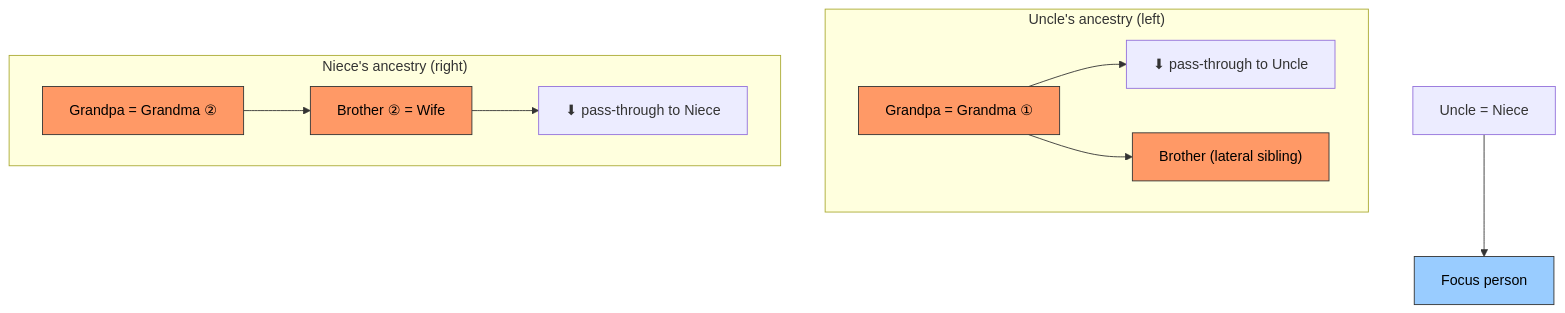
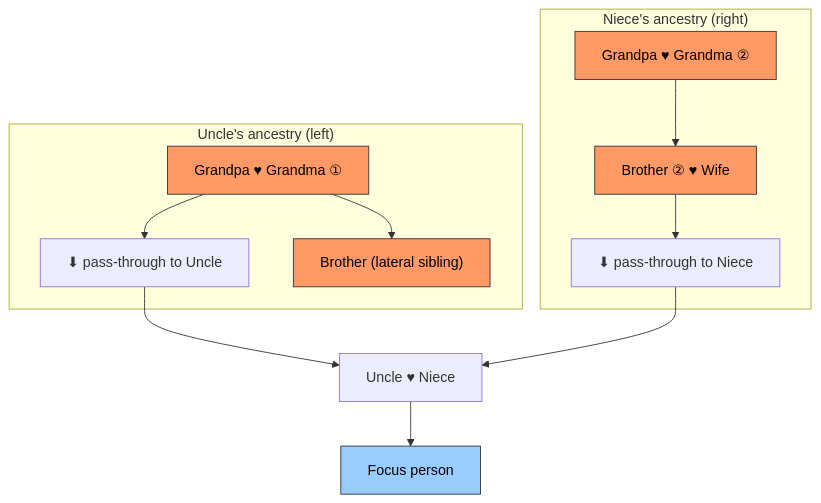
Diagram 11 of 13 in lib/ancestry/people/CLAUDE.md (san650/ancestry), drawn with Mermaid before and after one commit. The commit also changed other lines of this file, not shown here.

Commit message:
Improve the graphs

````diff
--- a/lib/ancestry/people/CLAUDE.md
+++ b/lib/ancestry/people/CLAUDE.md
@@ -296,23 +312,24 @@
 ```mermaid
-graph TD
+flowchart TD
     subgraph uncle_side ["Uncle's ancestry (left)"]
-        GP1["Grandpa = Grandma ①"]
+        GP1["Grandpa ♥ Grandma ①"]
         GP1 --> Uncle_pt["⬇ pass-through to Uncle"]
         GP1 --> Bro_lat["Brother (lateral sibling)"]
     end
 
     subgraph niece_side ["Niece's ancestry (right)"]
-        GP2["Grandpa = Grandma ②"]
-        GP2 --> Bro2["Brother ② = Wife"]
+        GP2["Grandpa ♥ Grandma ②"]
+        GP2 --> Bro2["Brother ② ♥ Wife"]
         Bro2 --> N_pt["⬇ pass-through to Niece"]
     end
 
-    MN["Uncle = Niece"]
+    Uncle_pt --> MN["Uncle ♥ Niece"]
+    N_pt --> MN
     MN --> Focus["Focus person"]
 
     style GP1 fill:#f96,stroke:#333,color:#000
     style GP2 fill:#f96,stroke:#333,color:#000
     style Bro_lat fill:#f96,stroke:#333,color:#000
     style Bro2 fill:#f96,stroke:#333,color:#000
     style Focus fill:#9cf,stroke:#333,color:#000
 ```
````
